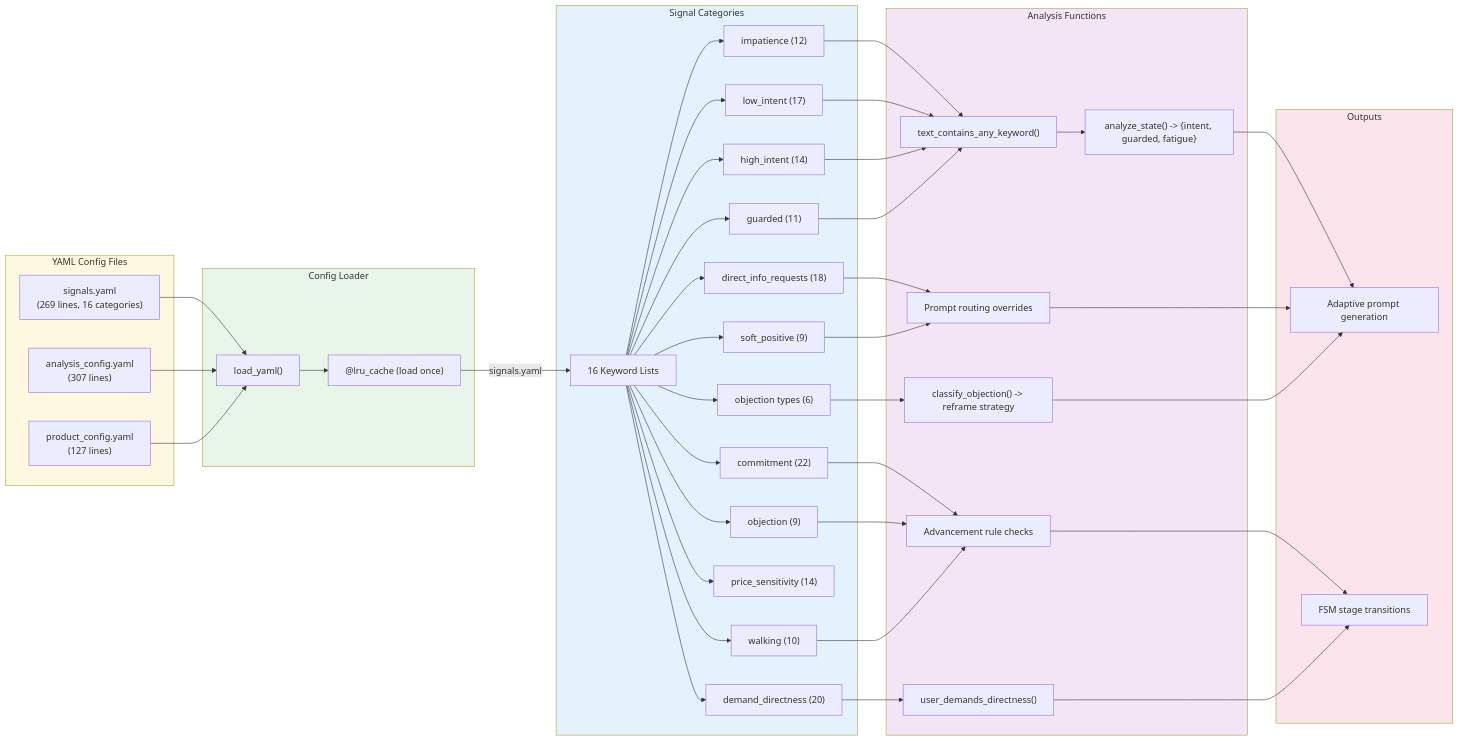
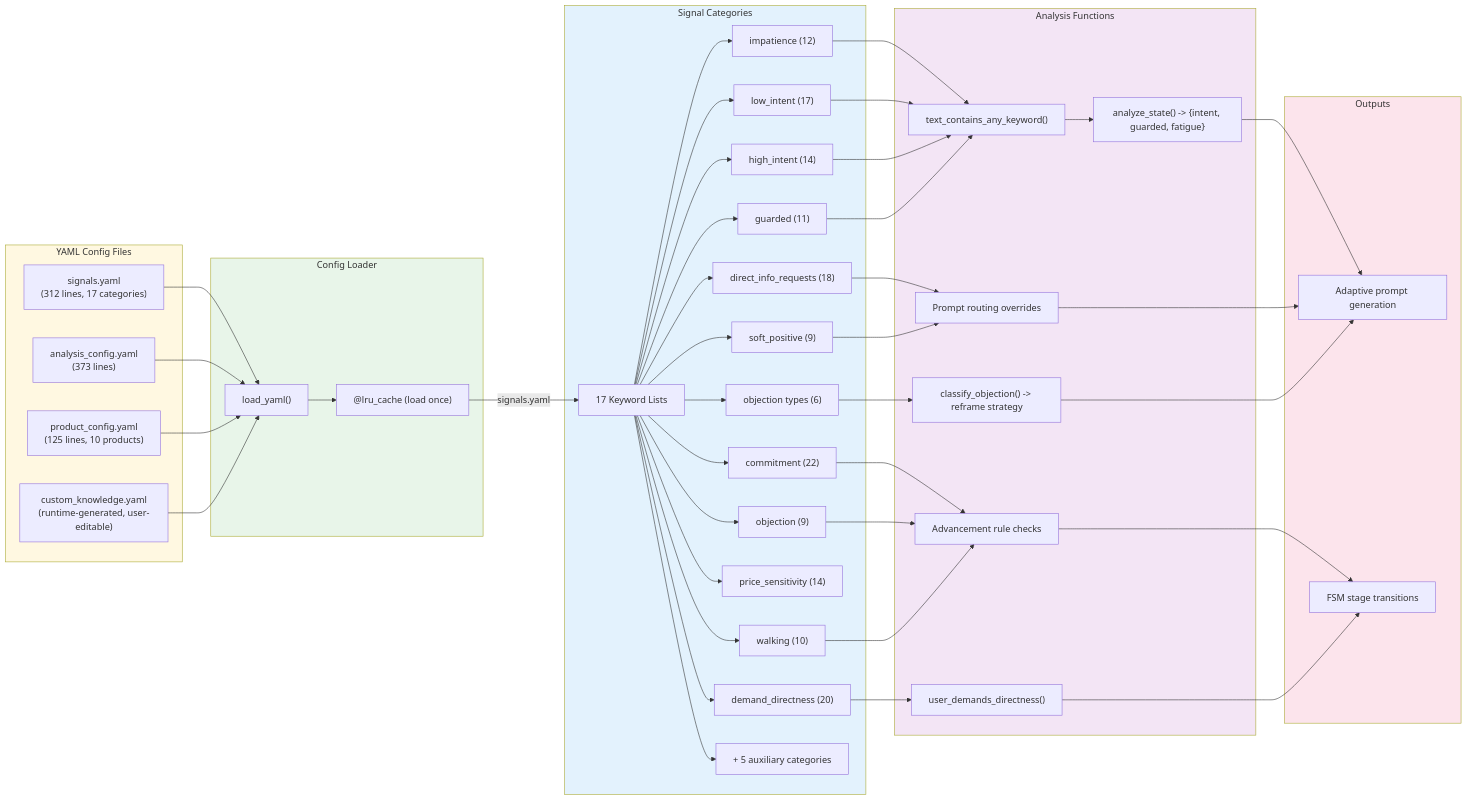
Before and after one commit to shaf-aston/FYP-sales-training-tool: the tenth of 46 diagrams in architecture diagrams.md, drawn with Mermaid. The commit also changed other lines of this file and 21 other files, not shown here.

````diff
--- a/architecture diagrams.md
+++ b/architecture diagrams.md
@@ -384,56 +596,59 @@
 ```mermaid
 flowchart LR
     subgraph YAML["YAML Config Files"]
-        S["signals.yaml<br/>(269 lines, 16 categories)"]
-        A["analysis_config.yaml<br/>(307 lines)"]
-        P["product_config.yaml<br/>(127 lines)"]
+        S["signals.yaml<br/>(312 lines, 17 categories)"]
+        A["analysis_config.yaml<br/>(373 lines)"]
+        P["product_config.yaml<br/>(125 lines, 10 products)"]
+        CK["custom_knowledge.yaml<br/>(runtime-generated, user-editable)"]
     end
 
     subgraph LOADER["Config Loader"]
         Load["load_yaml()"]
         Cache["@lru_cache (load once)"]
         S --> Load
         A --> Load
         P --> Load
+        CK --> Load
         Load --> Cache
     end
 
     subgraph SIGNALS["Signal Categories"]
-        Cache --> |"signals.yaml"| Keywords["16 Keyword Lists"]
+        Cache --> |"signals.yaml"| Keywords["17 Keyword Lists"]
         Keywords --> Imp["impatience (12)"]
         Keywords --> Comm["commitment (22)"]
         Keywords --> Obj["objection (9)"]
         Keywords --> Walk["walking (10)"]
         Keywords --> Low["low_intent (17)"]
         Keywords --> High["high_intent (14)"]
         Keywords --> Guard["guarded (11)"]
         Keywords --> Demand["demand_directness (20)"]
         Keywords --> DirReq["direct_info_requests (18)"]
         Keywords --> Price["price_sensitivity (14)"]
         Keywords --> Soft["soft_positive (9)"]
         Keywords --> ObjTypes["objection types (6)"]
+        Keywords --> Other["+ 5 auxiliary categories"]
     end
 
     subgraph ANALYSIS["Analysis Functions"]
         Imp & Low & High & Guard --> Match["text_contains_any_keyword()"]
         Match --> State["analyze_state() -> {intent, guarded, fatigue}"]
         Comm & Obj & Walk --> Advance["Advancement rule checks"]
         Demand --> Frust["user_demands_directness()"]
         DirReq & Soft --> Prompt["Prompt routing overrides"]
         ObjTypes --> Reframe["classify_objection() -> reframe strategy"]
     end
 
     subgraph OUTPUT["Outputs"]
         State --> PromptGen["Adaptive prompt generation"]
         Advance --> FSM["FSM stage transitions"]
         Frust --> FSM
         Prompt --> PromptGen
         Reframe --> PromptGen
     end
 
     style YAML fill:#fff8e1
     style LOADER fill:#e8f5e9
     style SIGNALS fill:#e3f2fd
     style ANALYSIS fill:#f3e5f5
     style OUTPUT fill:#fce4ec
 ```
````
